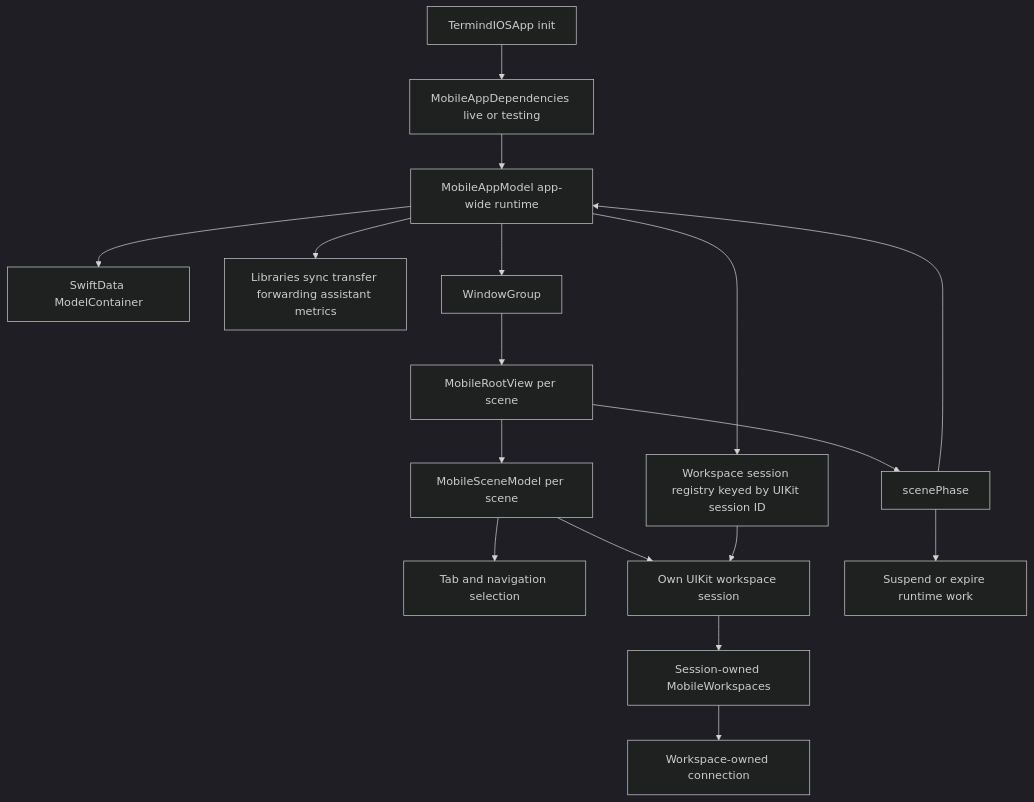
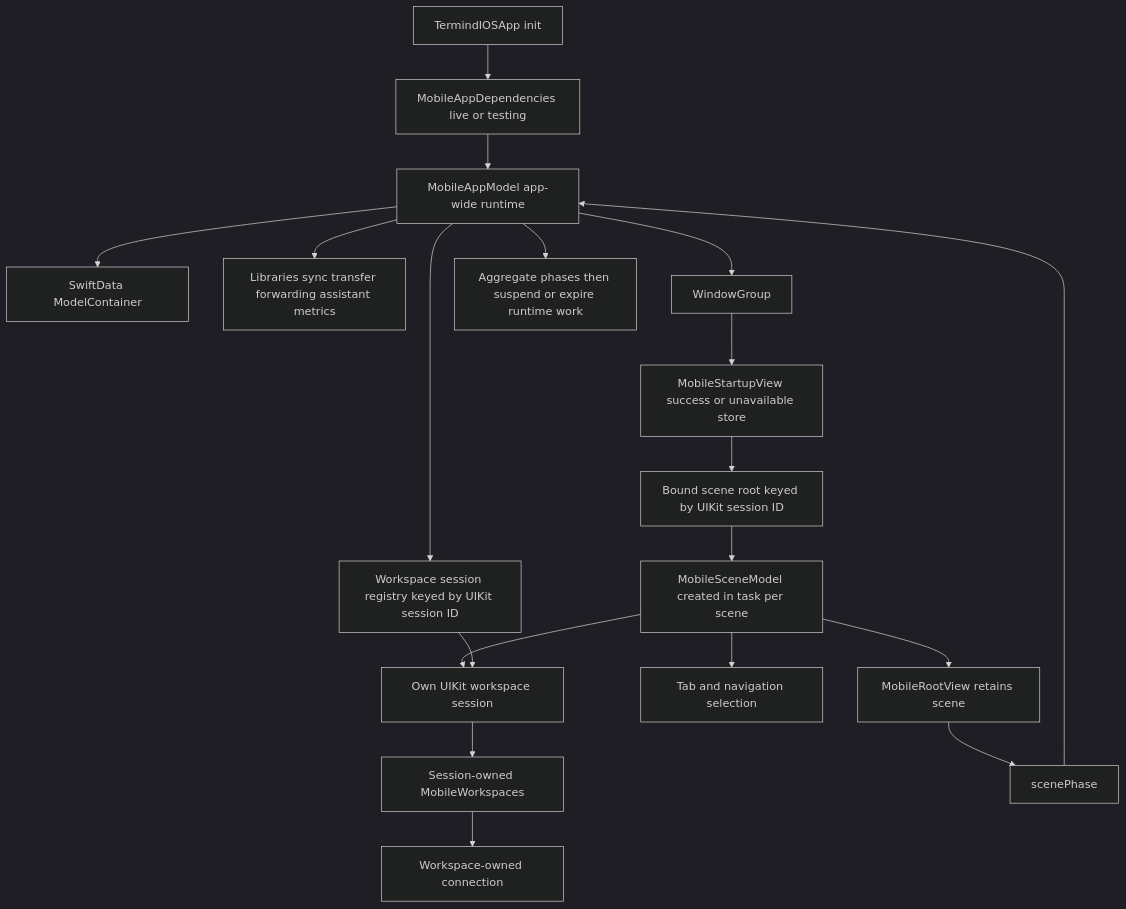
Before and after one commit to AkinoKaede/Termind: the third of 5 diagrams in openwiki/architecture/platform-runtime.md, drawn with Mermaid (dark theme). The commit also changed other lines of this file and 56 other files, not shown here.

````diff
--- a/openwiki/architecture/platform-runtime.md
+++ b/openwiki/architecture/platform-runtime.md
@@ -207,19 +207,21 @@
 ```mermaid
 flowchart TD
     Launch["TermindIOSApp init"] --> Deps["MobileAppDependencies live or testing"]
     Deps --> MobileApp["MobileAppModel app-wide runtime"]
     MobileApp --> Container["SwiftData ModelContainer"]
     MobileApp --> Services["Libraries sync transfer forwarding assistant metrics"]
     MobileApp --> Sessions["Workspace session registry keyed by UIKit session ID"]
     MobileApp --> Group["WindowGroup"]
-    Group --> Root["MobileRootView per scene"]
-    Root --> Scene["MobileSceneModel per scene"]
+    Group --> Startup["MobileStartupView success or unavailable store"]
+    Startup --> Bound["Bound scene root keyed by UIKit session ID"]
+    Bound --> Scene["MobileSceneModel created in task per scene"]
+    Scene --> Root["MobileRootView retains scene"]
     Scene --> Nav["Tab and navigation selection"]
     Scene --> Owner["Own UIKit workspace session"]
     Sessions --> Owner
     Owner --> Workspace["Session-owned MobileWorkspaces"]
     Workspace --> Transport["Workspace-owned connection"]
     Root --> Phase["scenePhase"]
     Phase --> MobileApp
-    Phase --> Background["Suspend or expire runtime work"]
+    MobileApp --> Background["Aggregate phases then suspend or expire runtime work"]
 ```
````
